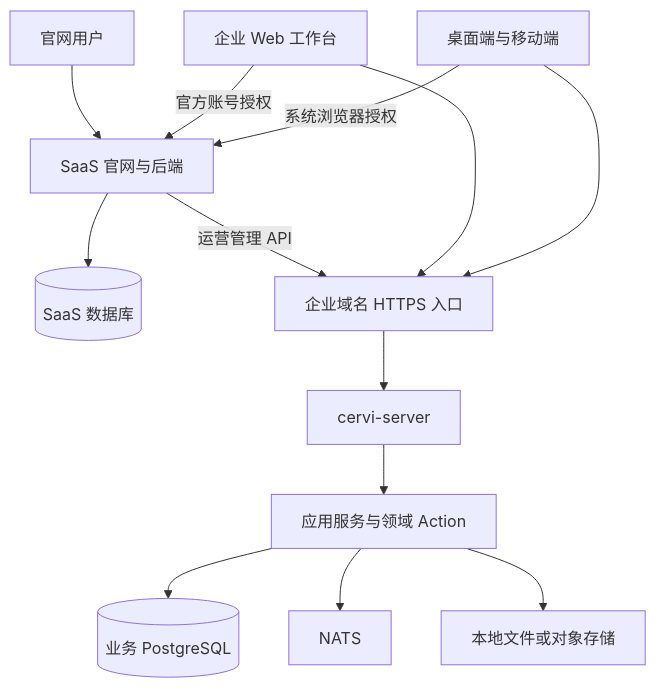
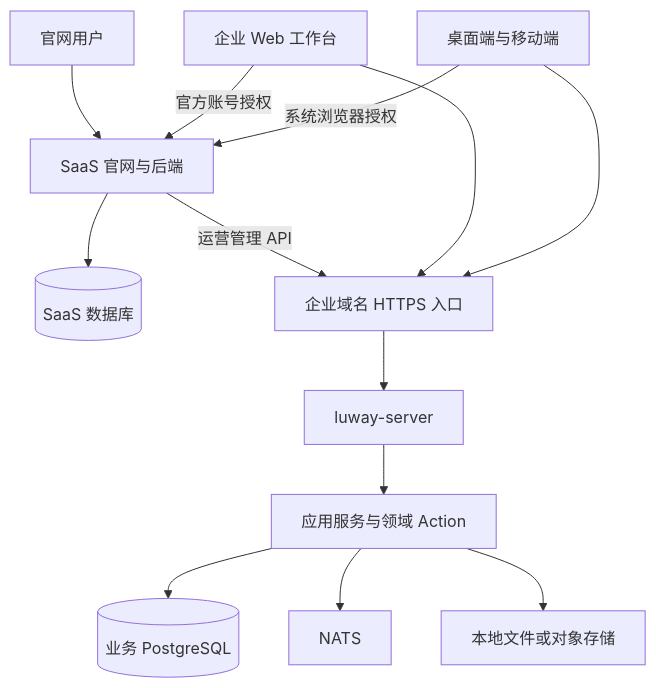
The first of 2 diagrams in docs/saas-hosting-plan.md (runforyou-ai/cervi), drawn with Mermaid before and after one commit. The commit also changed other lines of this file and 322 other files, not shown here.

````diff
--- a/docs/saas-hosting-plan.md
+++ b/docs/saas-hosting-plan.md
@@ -57,18 +57,18 @@
 ```mermaid
 flowchart TD
     Browser[官网用户] --> SaaS[SaaS 官网与后端]
     SaaS --> SaaSDB[(SaaS 数据库)]
     SaaS -->|运营管理 API| Edge[企业域名 HTTPS 入口]
 
     Web[企业 Web 工作台] --> Edge
     Native[桌面端与移动端] --> Edge
-    Edge --> Server[cervi-server]
+    Edge --> Server[luway-server]
     Server --> App[应用服务与领域 Action]
 
     App --> PG[(业务 PostgreSQL)]
     App --> NATS[NATS]
     App --> Files[本地文件或对象存储]
 
     Web -->|官方账号授权| SaaS
     Native -->|系统浏览器授权| SaaS
 ```
````
